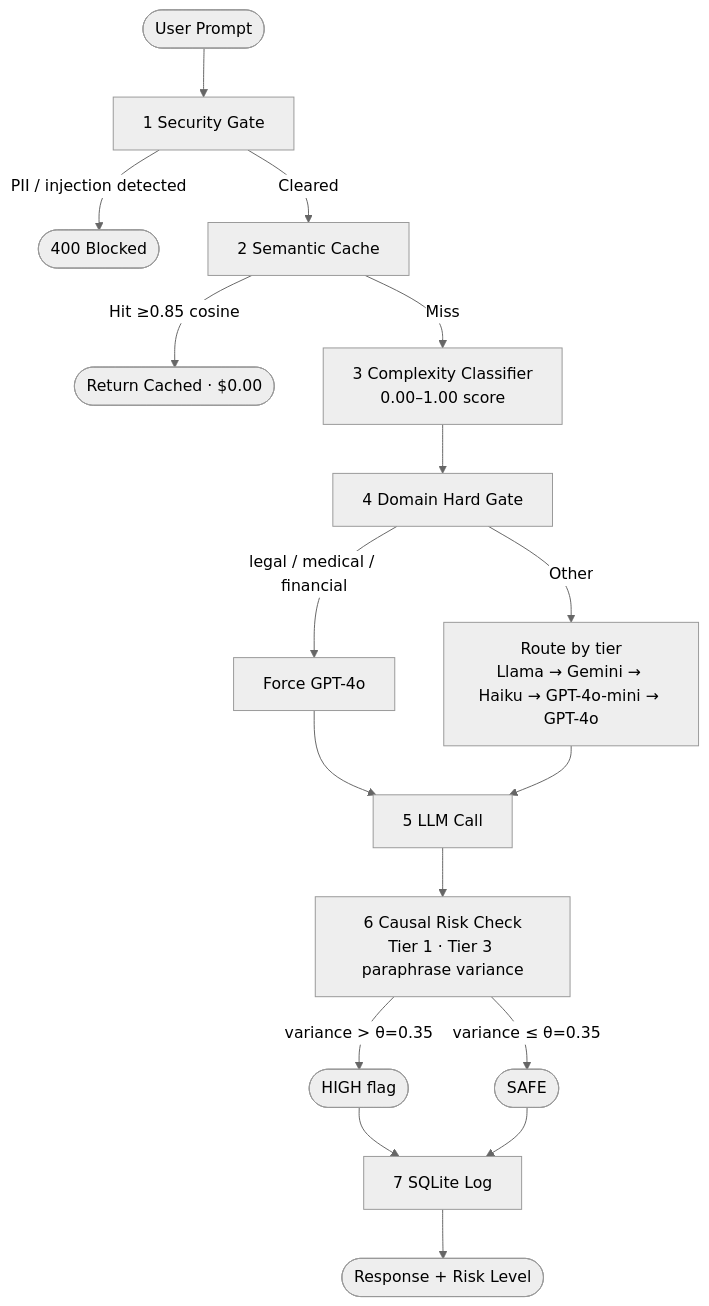
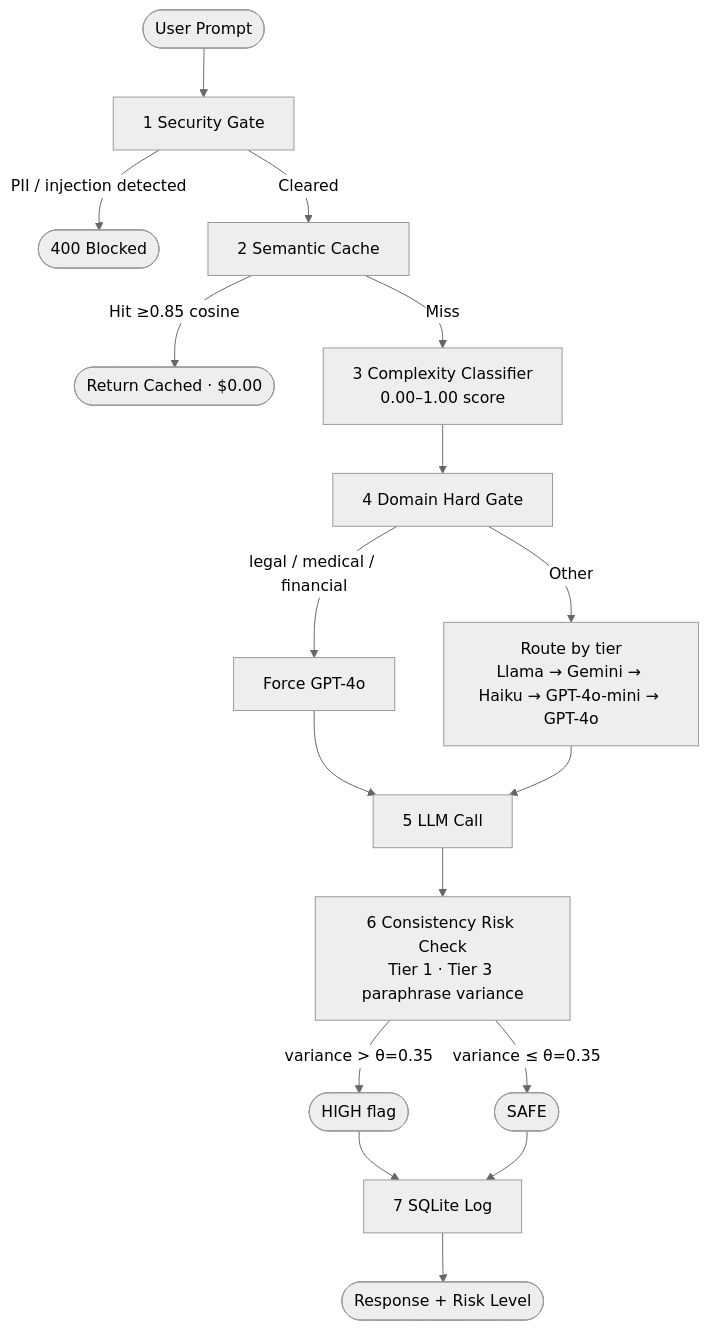
Before and after one commit to NilayRaut/aegis-llm-gateway: the diagram in README.md, drawn with Mermaid (neutral theme). The commit also changed other lines of this file and 3 other files, not shown here.

````diff
--- a/README.md
+++ b/README.md
@@ -71,19 +77,19 @@
 ```mermaid
 flowchart TD
     A([User Prompt]) --> B[1 Security Gate]
     B -->|PII / injection detected| E1([400 Blocked])
     B -->|Cleared| C[2 Semantic Cache]
     C -->|Hit ≥0.85 cosine| E2([Return Cached · $0.00])
     C -->|Miss| D[3 Complexity Classifier\n0.00–1.00 score]
     D --> F[4 Domain Hard Gate]
     F -->|legal / medical / financial| G1[Force GPT-4o]
     F -->|Other| G2[Route by tier\nLlama → Gemini → Haiku → GPT-4o-mini → GPT-4o]
     G1 --> H[5 LLM Call]
     G2 --> H
-    H --> I[6 Causal Risk Check\nTier 1 · Tier 3 paraphrase variance]
+    H --> I[6 Consistency Risk Check\nTier 1 · Tier 3 paraphrase variance]
     I -->|variance > θ=0.35| J1([HIGH flag])
     I -->|variance ≤ θ=0.35| J2([SAFE])
     J1 --> K[7 SQLite Log]
     J2 --> K
     K --> L([Response + Risk Level])
 ```
````
